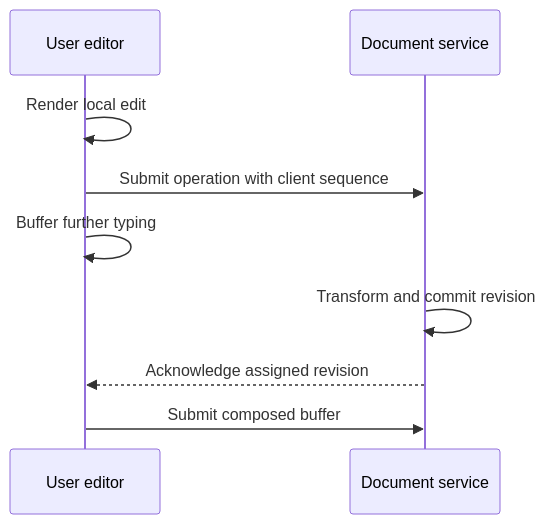
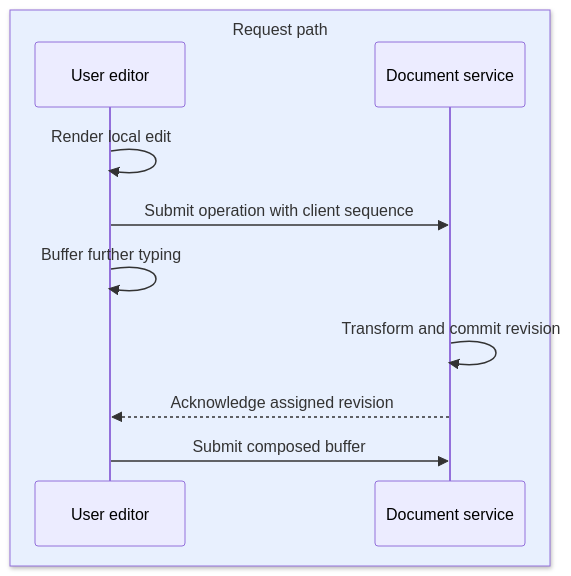
Before and after one commit to iliazlobin/iliazlobin.github.io: the fourth of 5 diagrams in _designs/system-design-google-docs.md, drawn with Mermaid. The commit also changed other lines of this file and 131 other files, not shown here.

````diff
--- a/_designs/system-design-google-docs.md
+++ b/_designs/system-design-google-docs.md
@@ -231,11 +298,13 @@
 ```mermaid
 sequenceDiagram
+  box rgb(232,240,254) Request path
   participant U as User editor
   participant S as Document service
+  end
   U->>U: Render local edit
   U->>S: Submit operation with client sequence
   U->>U: Buffer further typing
   S->>S: Transform and commit revision
   S-->>U: Acknowledge assigned revision
   U->>S: Submit composed buffer
 ```
````
